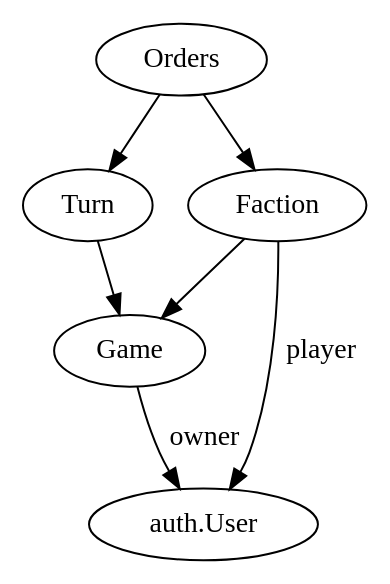
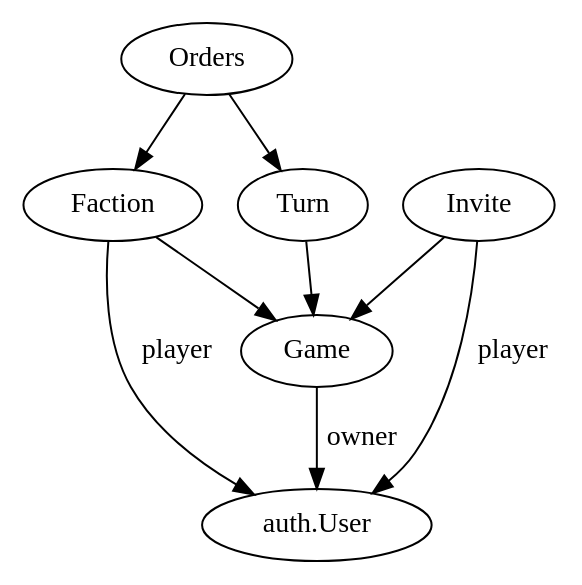
The diagram in games/models.dot (arsatiki/star-admiral), drawn with Graphviz before and after one commit. The commit also changed 1 other file, not shown here.

Commit message:
updated models.dot, updated game __unicode__
squash to unicode methods

```diff
--- a/games/models.dot
+++ b/games/models.dot
@@ -1,6 +1,9 @@
 digraph game_models {
 Game -> "auth.User" [label="owner"];
 Turn -> Game;
 Faction -> Game; Faction  -> "auth.User" [label="player"];
 Orders -> Faction; Orders -> Turn;
+
+Invite -> Game; Invite -> "auth.User" [label="player"];
+
 }
```
